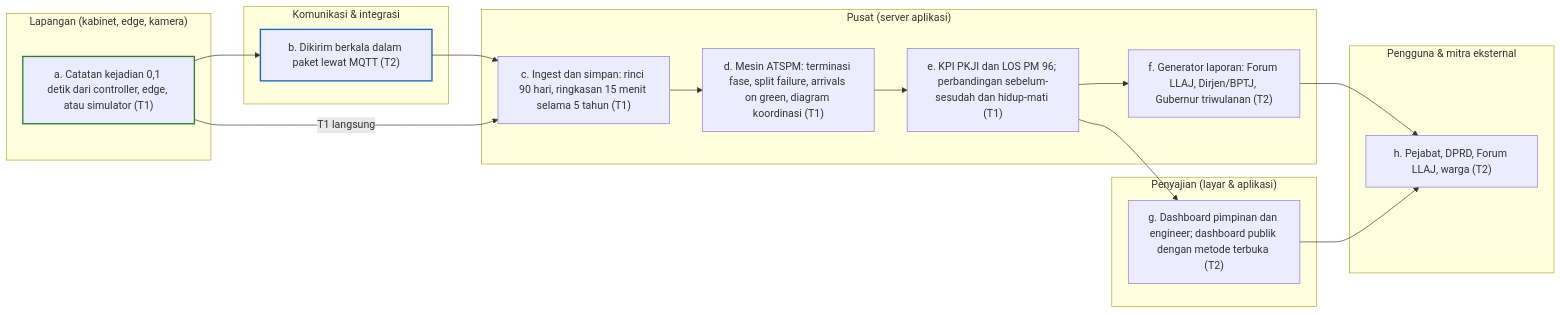
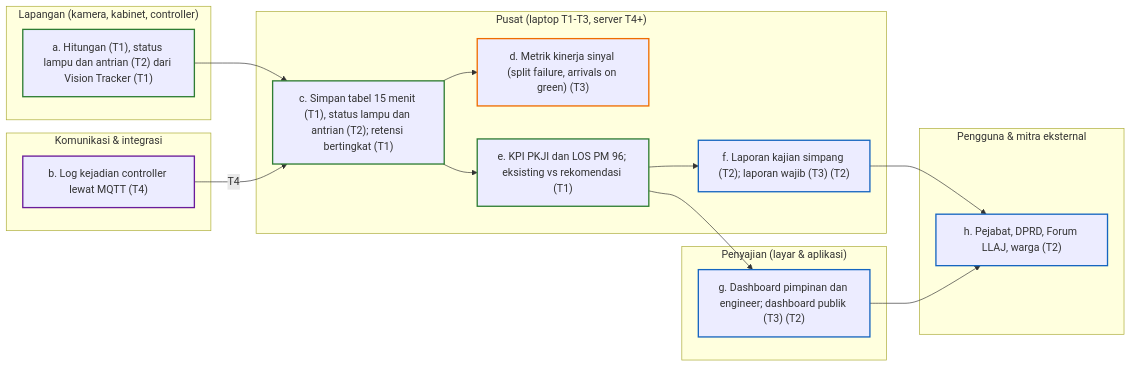
One commit to lionateofhaidar/irama-project changed the fifth of 12 diagrams in docs/planning/diagram/_bagian_diagram.md. Above: the diagram before and after it, drawn with Mermaid. The commit also changed other lines of this file and 75 other files, not shown here.

First line of the commit message:
Revisi fokus T2 Vision Tracker dan Optimasi Simpang; dokumen 14 sampai 16; diagram dirutekan ulang

````diff
--- a/docs/planning/diagram/_bagian_diagram.md
+++ b/docs/planning/diagram/_bagian_diagram.md
@@ -244,32 +260,37 @@
 ```mermaid
 flowchart LR
   subgraph P["Pengguna & mitra eksternal"]
     F05h["h. Pejabat, DPRD, Forum LLAJ, warga (T2)"]
   end
   subgraph U["Penyajian (layar & aplikasi)"]
-    F05g["g. Dashboard pimpinan dan engineer; dashboard publik dengan metode terbuka (T2)"]
+    F05g["g. Dashboard pimpinan dan engineer; dashboard publik (T3) (T2)"]
   end
-  subgraph S["Pusat (server aplikasi)"]
-    F05c["c. Ingest dan simpan: rinci 90 hari, ringkasan 15 menit selama 5 tahun (T1)"]
-    F05d["d. Mesin ATSPM: terminasi fase, split failure, arrivals on green, diagram koordinasi (T1)"]
-    F05e["e. KPI PKJI dan LOS PM 96; perbandingan sebelum-sesudah dan hidup-mati (T1)"]
-    F05f["f. Generator laporan: Forum LLAJ, Dirjen/BPTJ, Gubernur triwulanan (T2)"]
+  subgraph S["Pusat (laptop T1-T3, server T4+)"]
+    F05c["c. Simpan tabel 15 menit (T1), status lampu dan antrian (T2); retensi bertingkat (T1)"]
+    F05d["d. Metrik kinerja sinyal (split failure, arrivals on green) (T3)"]
+    F05e["e. KPI PKJI dan LOS PM 96; eksisting vs rekomendasi (T1)"]
+    F05f["f. Laporan kajian simpang (T2); laporan wajib (T3) (T2)"]
   end
   subgraph K["Komunikasi & integrasi"]
-    F05b["b. Dikirim berkala dalam paket lewat MQTT (T2)"]
+    F05b["b. Log kejadian controller lewat MQTT (T4)"]
   end
-  subgraph L["Lapangan (kabinet, edge, kamera)"]
-    F05a["a. Catatan kejadian 0,1 detik dari controller, edge, atau simulator (T1)"]
+  subgraph L["Lapangan (kamera, kabinet, controller)"]
+    F05a["a. Hitungan (T1), status lampu dan antrian (T2) dari Vision Tracker (T1)"]
   end
-  F05a --> F05b
-  F05b --> F05c
-  F05a -->|T1 langsung| F05c
+  F05a --> F05c
+  F05b -->|T4| F05c
   F05c --> F05d
-  F05d --> F05e
+  F05c --> F05e
   F05e --> F05f
   F05e --> F05g
   F05f --> F05h
   F05g --> F05h
-  style F05a stroke:#2E7D32,stroke-width:2px
-  style F05b stroke:#1565C0,stroke-width:2px
+  classDef t1 stroke:#2E7D32,stroke-width:2px
+  class F05a,F05c,F05e t1
+  classDef t2 stroke:#1565C0,stroke-width:2px
+  class F05f,F05g,F05h t2
+  classDef t3 stroke:#EF6C00,stroke-width:2px
+  class F05d t3
+  classDef t4 stroke:#6A1B9A,stroke-width:2px
+  class F05b t4
 ```
````
